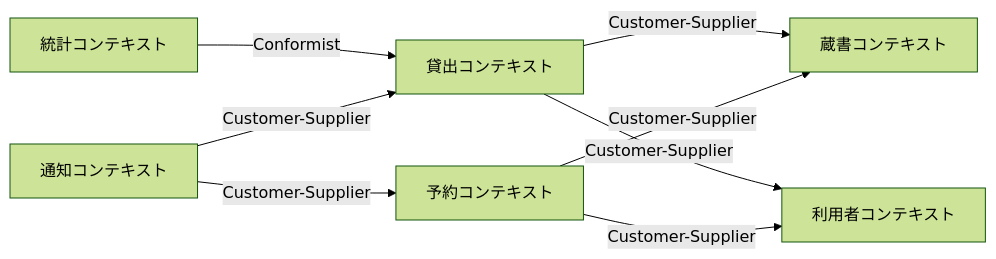
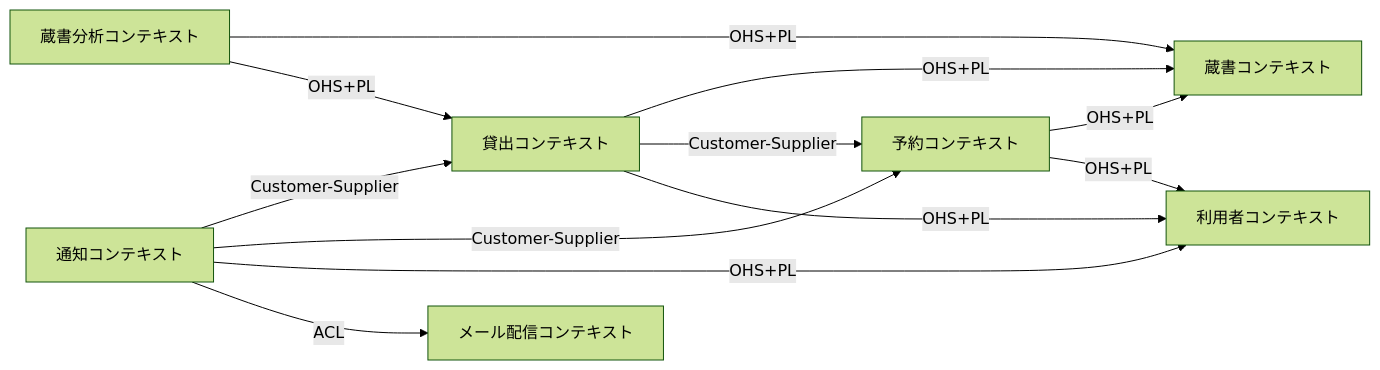
Before and after one commit to suwa-sh/suwa-sh-claude-plugins: the second of 8 diagrams in samples/distillery/pipeline/README.md, drawn with Mermaid (forest theme). The commit also changed other lines of this file and 1723 other files, not shown here.

````diff
--- a/samples/distillery/pipeline/README.md
+++ b/samples/distillery/pipeline/README.md
@@ -140,16 +112,21 @@
 ```mermaid
 graph LR
 BC1["蔵書コンテキスト"]
-BC2["貸出コンテキスト"]
-BC3["予約コンテキスト"]
-BC4["利用者コンテキスト"]
-BC5["統計コンテキスト"]
-BC6["通知コンテキスト"]
-BC2 -->|Customer-Supplier| BC1
-BC2 -->|Customer-Supplier| BC4
-BC3 -->|Customer-Supplier| BC1
+BC2["利用者コンテキスト"]
+BC3["貸出コンテキスト"]
+BC4["予約コンテキスト"]
+BC5["通知コンテキスト"]
+BC6["蔵書分析コンテキスト"]
+BC7["メール配信コンテキスト"]
+BC3 -->|OHS+PL| BC1
+BC4 -->|OHS+PL| BC1
 BC3 -->|Customer-Supplier| BC4
-BC5 -->|Conformist| BC2
-BC6 -->|Customer-Supplier| BC2
-BC6 -->|Customer-Supplier| BC3
+BC3 -->|OHS+PL| BC2
+BC4 -->|OHS+PL| BC2
+BC5 -->|Customer-Supplier| BC3
+BC5 -->|Customer-Supplier| BC4
+BC5 -->|OHS+PL| BC2
+BC6 -->|OHS+PL| BC1
+BC6 -->|OHS+PL| BC3
+BC5 -->|ACL| BC7
 ```
````
